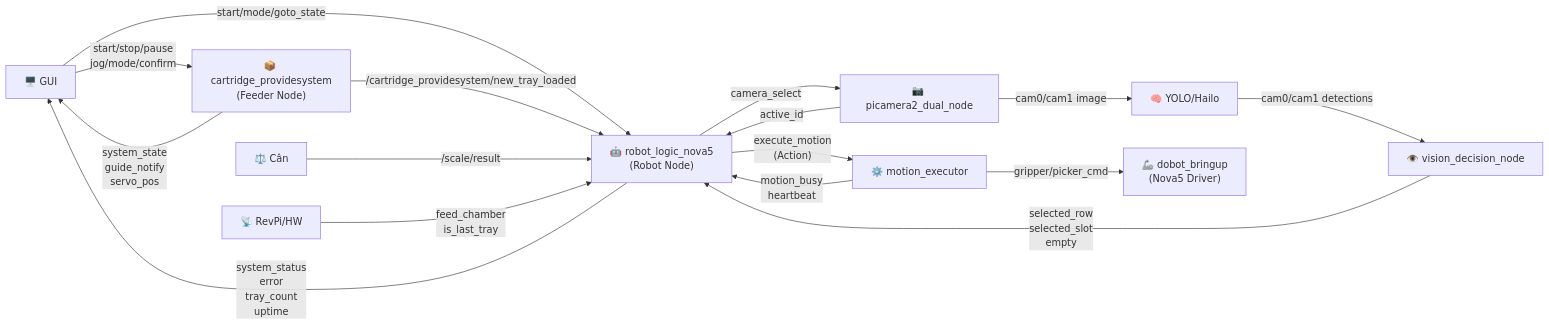
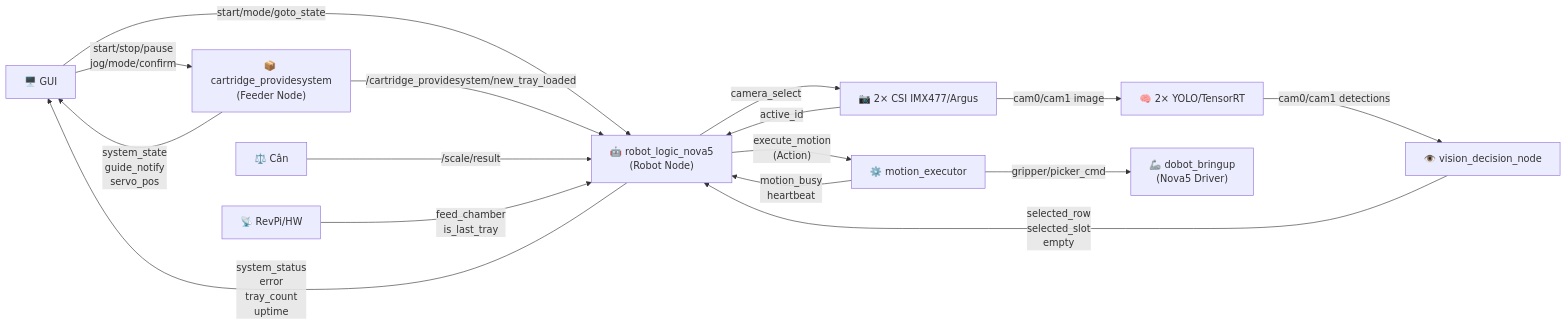
The diagram in src/system_nodes_topics.md (nhanvuhg/CAM-H-J-1), drawn with Mermaid before and after one commit. The commit also changed other lines of this file and 45 other files, not shown here.

````diff
--- a/src/system_nodes_topics.md
+++ b/src/system_nodes_topics.md
@@ -198,34 +200,34 @@
 ```mermaid
 graph LR
     GUI["🖥️ GUI"]
     FEEDER["📦 cartridge_providesystem\n(Feeder Node)"]
     ROBOT["🤖 robot_logic_nova5\n(Robot Node)"]
     MOTION["⚙️ motion_executor"]
     VISION["👁️ vision_decision_node"]
-    CAMERA["📷 picamera2_dual_node"]
-    YOLO["🧠 YOLO/Hailo"]
+    CAMERA["📷 2× CSI IMX477/Argus"]
+    YOLO["🧠 2× YOLO/TensorRT"]
     DOBOT["🦾 dobot_bringup\n(Nova5 Driver)"]
     SCALE["⚖️ Cân"]
     REVPI["📡 RevPi/HW"]
 
     GUI -- "start/stop/pause\njog/mode/confirm" --> FEEDER
     GUI -- "start/mode/goto_state" --> ROBOT
 
     FEEDER -- "/cartridge_providesystem/new_tray_loaded" --> ROBOT
 
     ROBOT -- "execute_motion\n(Action)" --> MOTION
     MOTION -- "motion_busy\nheartbeat" --> ROBOT
     MOTION -- "gripper/picker_cmd" --> DOBOT
 
     CAMERA -- "cam0/cam1 image" --> YOLO
     YOLO -- "cam0/cam1 detections" --> VISION
     VISION -- "selected_row\nselected_slot\nempty" --> ROBOT
     ROBOT -- "camera_select" --> CAMERA
     CAMERA -- "active_id" --> ROBOT
 
     SCALE -- "/scale/result" --> ROBOT
     REVPI -- "feed_chamber\nis_last_tray" --> ROBOT
 
     FEEDER -- "system_state\nguide_notify\nservo_pos" --> GUI
     ROBOT -- "system_status\nerror\ntray_count\nuptime" --> GUI
 ```
````
